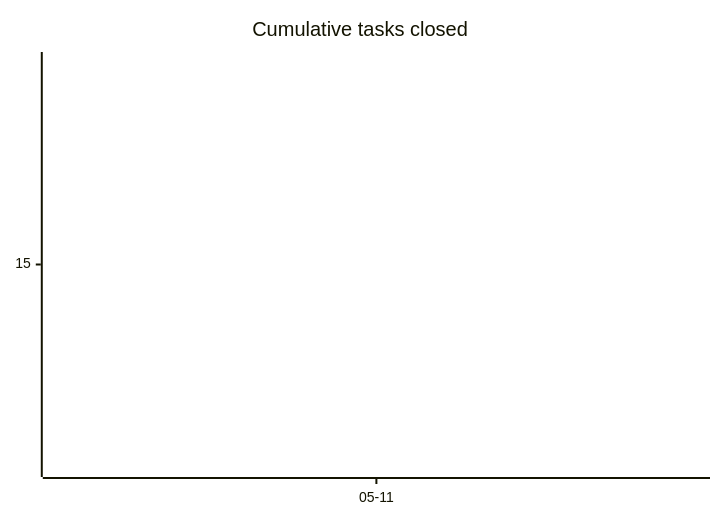
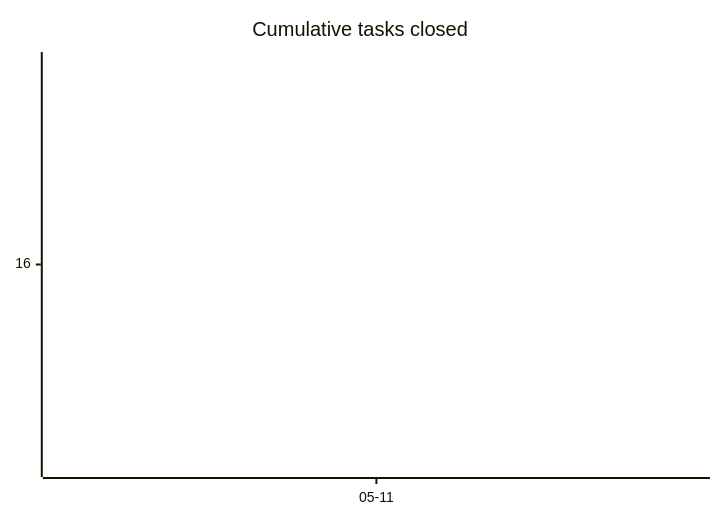
One commit to tgd1975/AwesomeGuitarPedal changed the first of 3 diagrams in docs/developers/tasks/OVERVIEW.md. Above: the diagram before and after it, drawn with Mermaid. The commit also changed other lines of this file and 6 other files, not shown here.

````diff
--- a/docs/developers/tasks/OVERVIEW.md
+++ b/docs/developers/tasks/OVERVIEW.md
@@ -22,6 +22,6 @@
 ```mermaid
 xychart-beta
     title "Cumulative tasks closed"
     x-axis ["05-11"]
-    line [15]
+    line [16]
 ```
````
